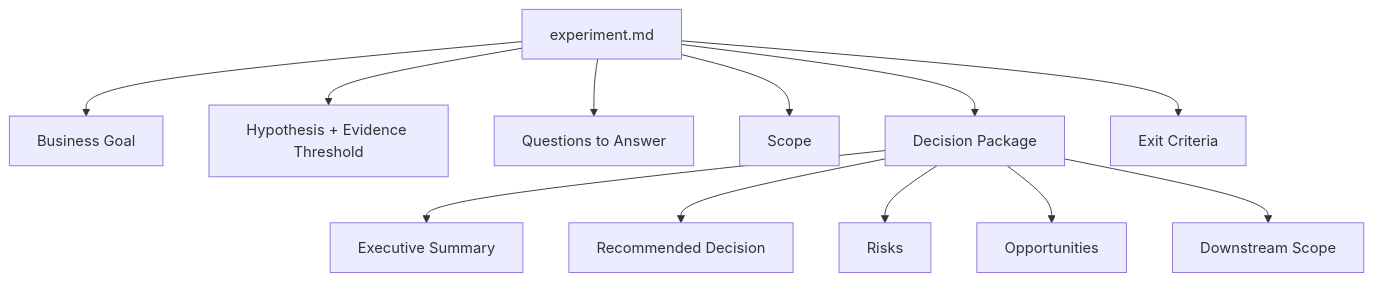
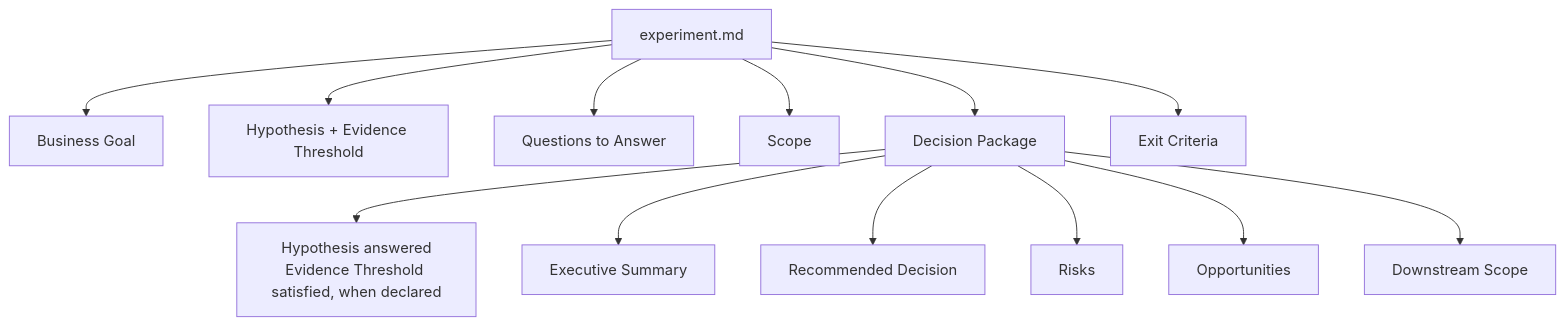
The first of 3 diagrams in en/chapter-05.md (produtoreativo/from-intent-to-outcome), drawn with Mermaid before and after one commit. The commit also changed other lines of this file and 2 other files, not shown here.

````diff
--- a/en/chapter-05.md
+++ b/en/chapter-05.md
@@ -46,14 +46,15 @@
 ```mermaid
 graph TD
     EXP["experiment.md"] --> BG["Business Goal"]
     EXP --> HYP["Hypothesis + Evidence Threshold"]
     EXP --> QA["Questions to Answer"]
     EXP --> SC["Scope"]
     EXP --> DP["Decision Package"]
     EXP --> EC["Exit Criteria"]
+    DP --> H["Hypothesis answered\nEvidence Threshold satisfied, when declared"]
     DP --> ES["Executive Summary"]
     DP --> REC["Recommended Decision"]
     DP --> RISK["Risks"]
     DP --> OPP["Opportunities"]
     DP --> DS["Downstream Scope"]
 ```
````
